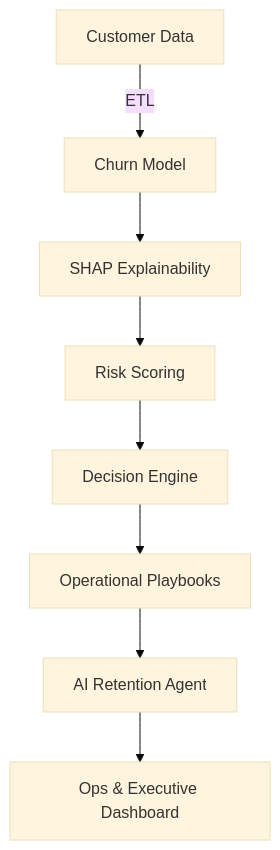
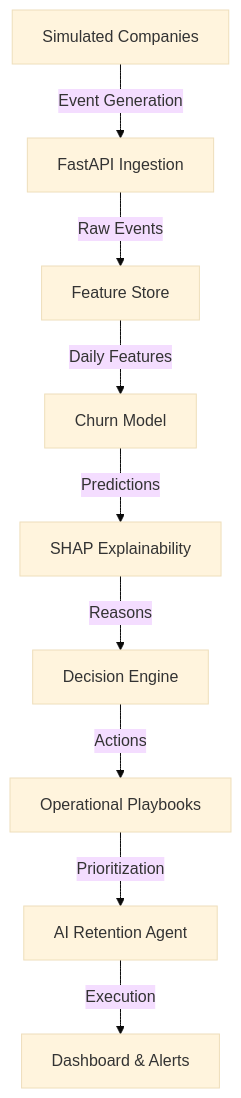
The diagram in README.md (Rohitdare/churn), drawn with Mermaid (base theme) before and after one commit. The commit also changed other lines of this file, not shown here.

````diff
--- a/README.md
+++ b/README.md
@@ -88,10 +116,11 @@
 ```mermaid
 graph TD
-    A[Customer Data] -->|ETL| B[Churn Model]
-    B --> C[SHAP Explainability]
-    C --> D[Risk Scoring]
-    D --> E[Decision Engine]
-    E --> F[Operational Playbooks]
-    F --> G[AI Retention Agent]
-    G --> H[Ops & Executive Dashboard]
+    A[Simulated Companies] -->|Event Generation| B[FastAPI Ingestion]
+    B -->|Raw Events| C[Feature Store]
+    C -->|Daily Features| D[Churn Model]
+    D -->|Predictions| E[SHAP Explainability]
+    E -->|Reasons| F[Decision Engine]
+    F -->|Actions| G[Operational Playbooks]
+    G -->|Prioritization| H[AI Retention Agent]
+    H -->|Execution| I[Dashboard & Alerts]
 ```
````
